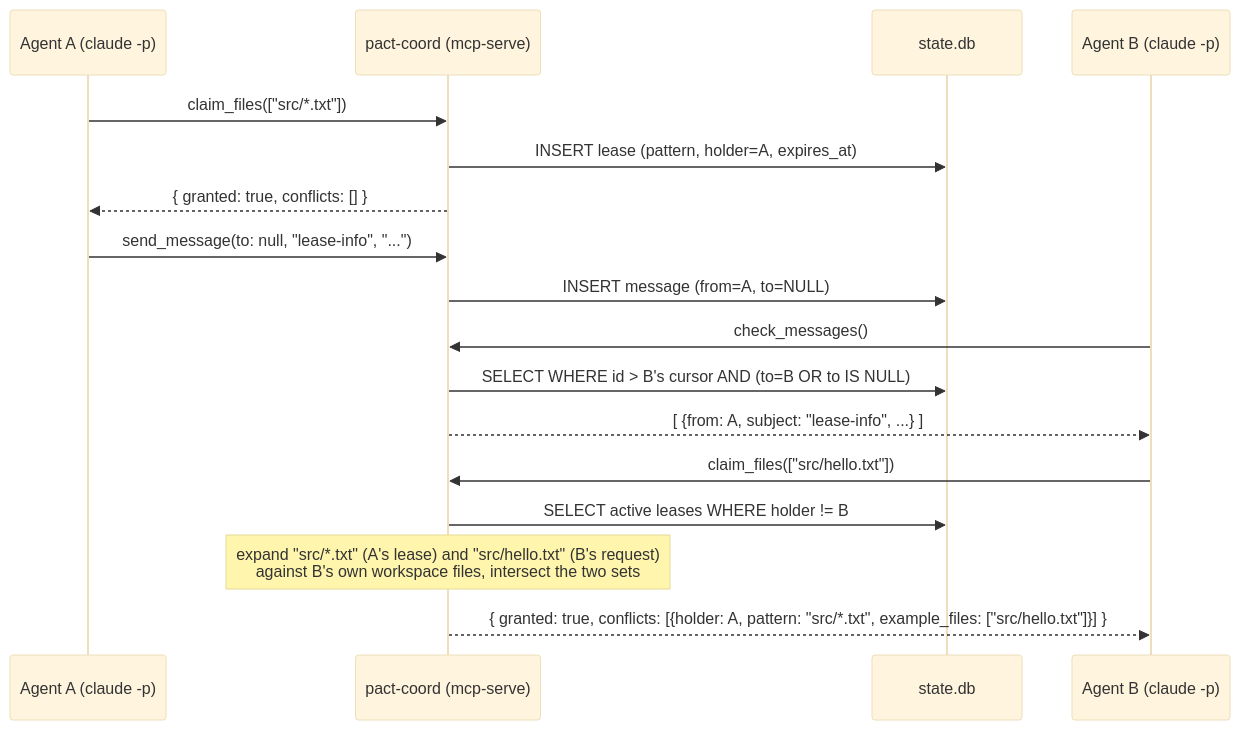
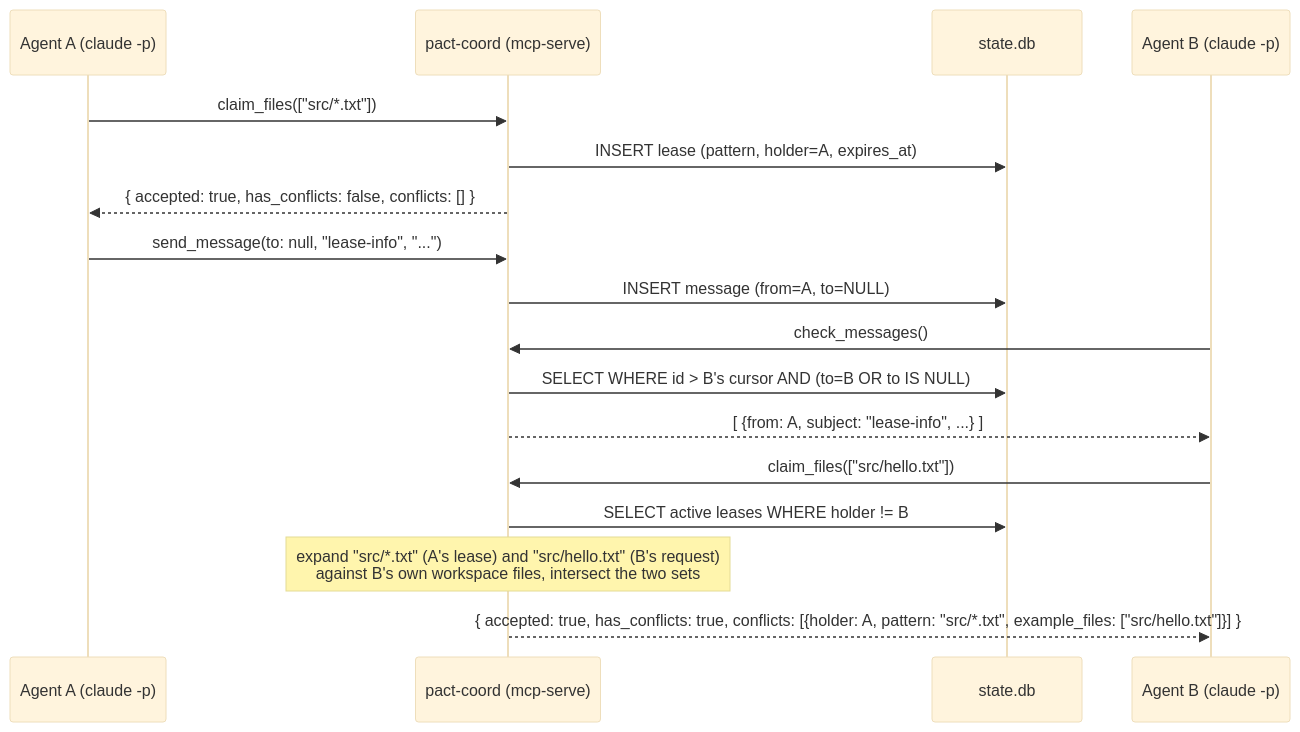
One commit to zekariasasaminew/pact changed the third of 3 diagrams in README.md. Above: the diagram before and after it, drawn with Mermaid (base theme). The commit also changed 2 other files, not shown here.

Commit message:
Rename claim_files' granted field to accepted, add has_conflicts (#52)
The response field was named granted and defaulted to true even in
the presence of conflicts. The README correctly documents leases as
advisory, but an agent LLM reading {granted: true, conflicts: [...]}
is very likely to proceed as though it holds the file exclusively --
the conflicts array read as "here's stuff you should have thought
about, but we're saying yes anyway," which undercuts the field name.

Renamed to accepted (matches "recorded, no exclusivity implied") and
added an explicit has_conflicts boolean alongside the existing
conflicts array. Tool description now states plainly that a
successful response is never exclusive access. Pre-1.0 MCP surface,
so a clean rename rather than a deprecation shim.

Fixes #36.

````diff
--- a/README.md
+++ b/README.md
@@ -625,21 +625,21 @@
 ```mermaid
 sequenceDiagram
     participant A as Agent A (claude -p)
     participant Coord as pact-coord (mcp-serve)
     participant DB as state.db
     participant B as Agent B (claude -p)
 
     A->>Coord: claim_files(["src/*.txt"])
     Coord->>DB: INSERT lease (pattern, holder=A, expires_at)
-    Coord-->>A: { granted: true, conflicts: [] }
+    Coord-->>A: { accepted: true, has_conflicts: false, conflicts: [] }
     A->>Coord: send_message(to: null, "lease-info", "...")
     Coord->>DB: INSERT message (from=A, to=NULL)
 
     B->>Coord: check_messages()
     Coord->>DB: SELECT WHERE id > B's cursor AND (to=B OR to IS NULL)
     Coord-->>B: [ {from: A, subject: "lease-info", ...} ]
     B->>Coord: claim_files(["src/hello.txt"])
     Coord->>DB: SELECT active leases WHERE holder != B
     Note over Coord: expand "src/*.txt" (A's lease) and "src/hello.txt" (B's request)<br/>against B's own workspace files, intersect the two sets
-    Coord-->>B: { granted: true, conflicts: [{holder: A, pattern: "src/*.txt", example_files: ["src/hello.txt"]}] }
+    Coord-->>B: { accepted: true, has_conflicts: true, conflicts: [{holder: A, pattern: "src/*.txt", example_files: ["src/hello.txt"]}] }
 ```
````
